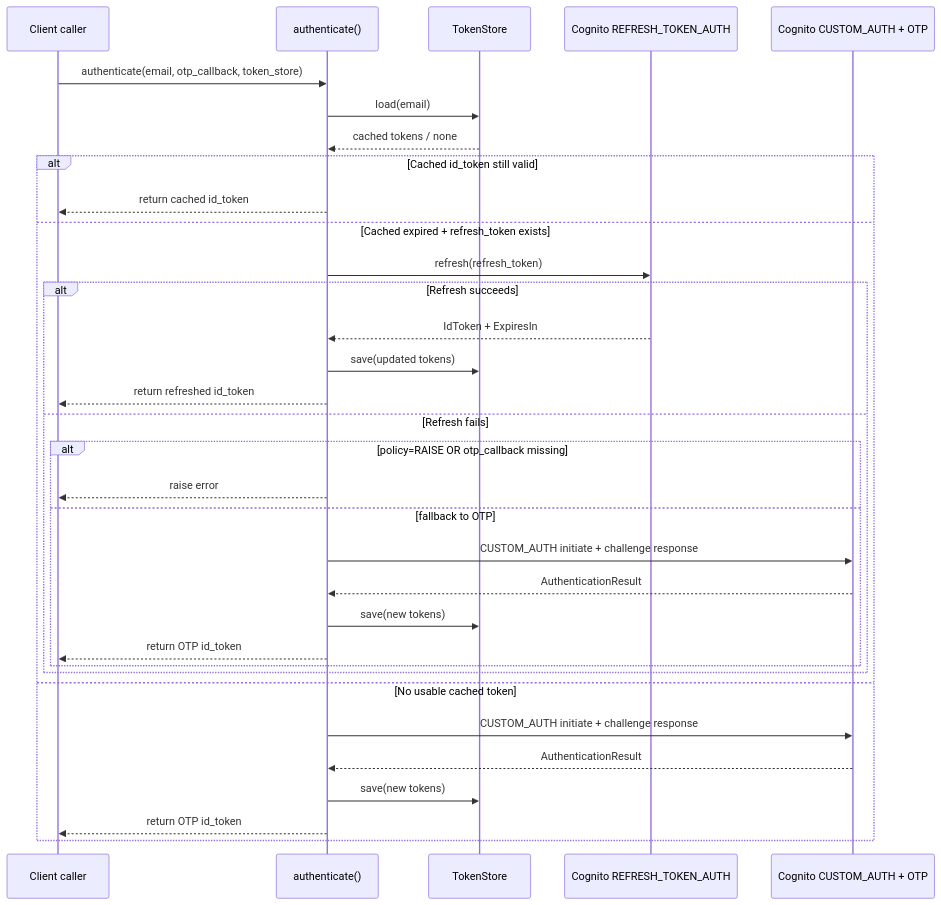
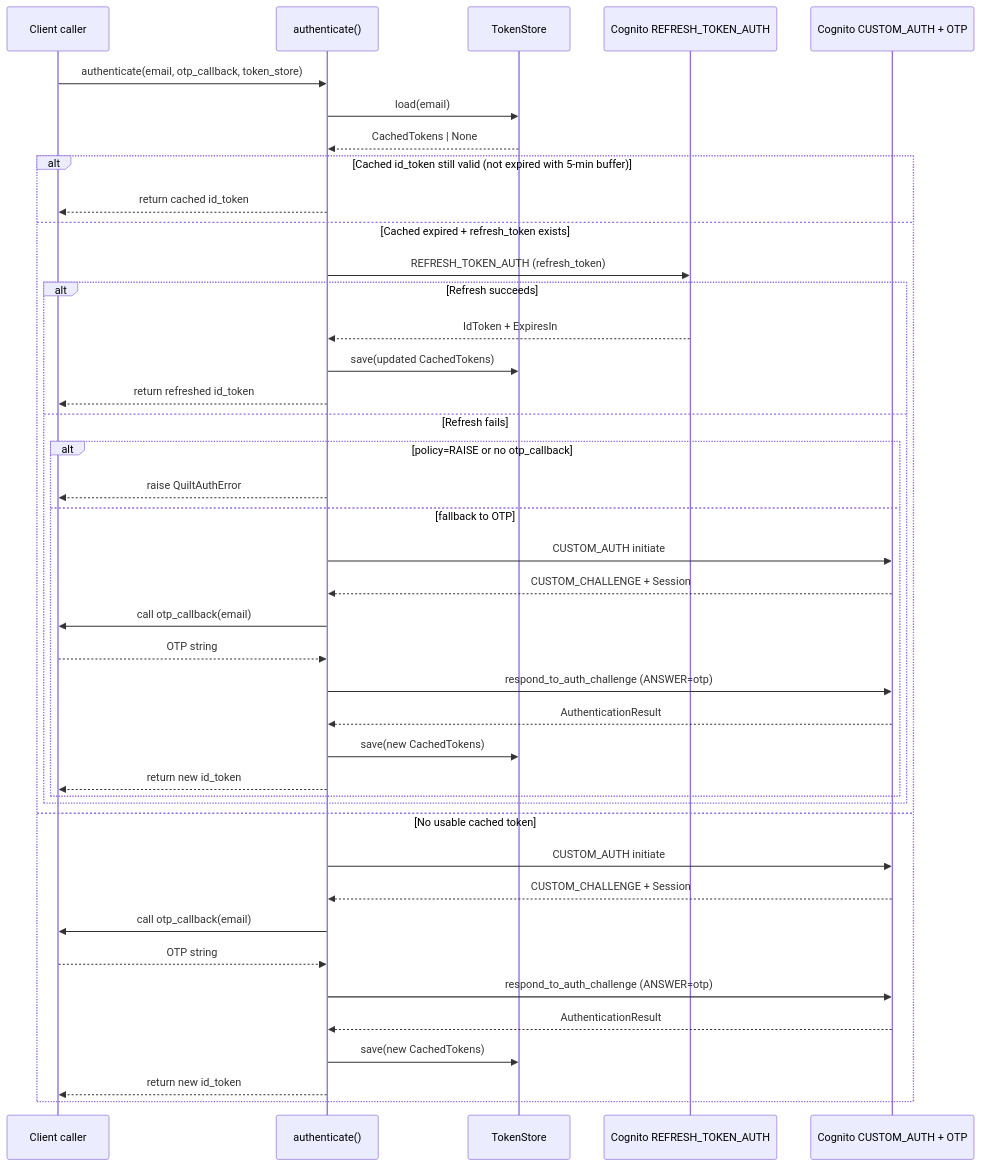
The first of 2 diagrams in docs/protocol/transport-auth.md (eman/quilt-hp-python), drawn with Mermaid before and after one commit. The commit also changed other lines of this file and 27 other files, not shown here.

````diff
--- a/docs/protocol/transport-auth.md
+++ b/docs/protocol/transport-auth.md
@@ -114,37 +64,45 @@
 ```mermaid
 sequenceDiagram
     participant C as Client caller
     participant A as authenticate()
     participant S as TokenStore
     participant R as Cognito REFRESH_TOKEN_AUTH
     participant O as Cognito CUSTOM_AUTH + OTP
 
     C->>A: authenticate(email, otp_callback, token_store)
     A->>S: load(email)
-    S-->>A: cached tokens / none
+    S-->>A: CachedTokens | None
 
-    alt Cached id_token still valid
+    alt Cached id_token still valid (not expired with 5-min buffer)
         A-->>C: return cached id_token
     else Cached expired + refresh_token exists
-        A->>R: refresh(refresh_token)
+        A->>R: REFRESH_TOKEN_AUTH (refresh_token)
         alt Refresh succeeds
             R-->>A: IdToken + ExpiresIn
-            A->>S: save(updated tokens)
+            A->>S: save(updated CachedTokens)
             A-->>C: return refreshed id_token
         else Refresh fails
-            alt policy=RAISE OR otp_callback missing
-                A-->>C: raise error
+            alt policy=RAISE or no otp_callback
+                A-->>C: raise QuiltAuthError
             else fallback to OTP
-                A->>O: CUSTOM_AUTH initiate + challenge response
+                A->>O: CUSTOM_AUTH initiate
+                O-->>A: CUSTOM_CHALLENGE + Session
+                A->>C: call otp_callback(email)
+                C-->>A: OTP string
+                A->>O: respond_to_auth_challenge (ANSWER=otp)
                 O-->>A: AuthenticationResult
-                A->>S: save(new tokens)
-                A-->>C: return OTP id_token
+                A->>S: save(new CachedTokens)
+                A-->>C: return new id_token
             end
         end
     else No usable cached token
-        A->>O: CUSTOM_AUTH initiate + challenge response
+        A->>O: CUSTOM_AUTH initiate
+        O-->>A: CUSTOM_CHALLENGE + Session
+        A->>C: call otp_callback(email)
+        C-->>A: OTP string
+        A->>O: respond_to_auth_challenge (ANSWER=otp)
         O-->>A: AuthenticationResult
-        A->>S: save(new tokens)
-        A-->>C: return OTP id_token
+        A->>S: save(new CachedTokens)
+        A-->>C: return new id_token
     end
 ```
````
